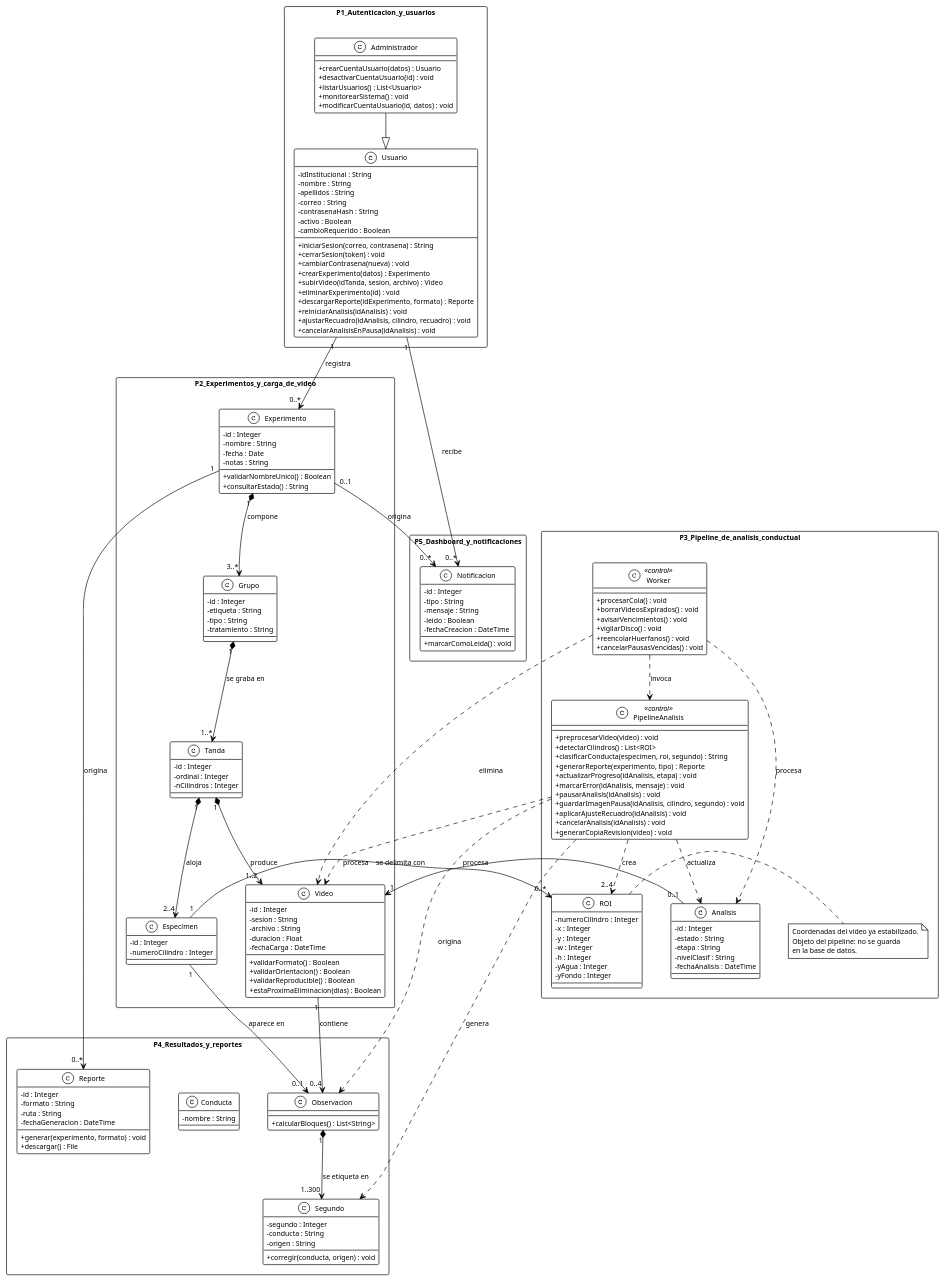
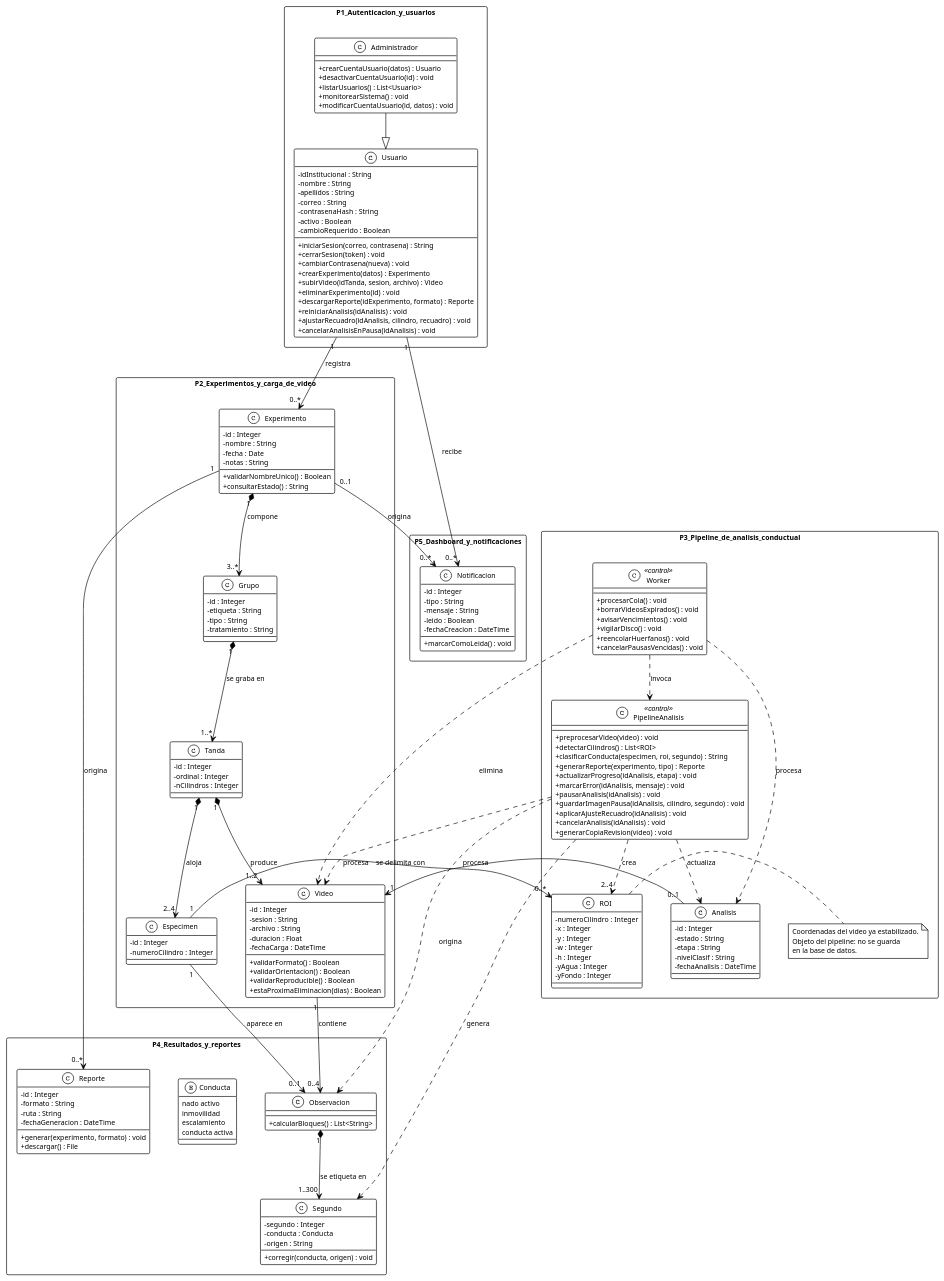
One commit to ErickJester/fst-ai-system-latex changed the diagram in diagramas/guia_web/clases.puml. Above: the diagram before and after it, drawn with PlantUML. The commit also changed 33 other files, not shown here.

```diff
--- a/diagramas/guia_web/clases.puml
+++ b/diagramas/guia_web/clases.puml
@@ -1,183 +1,186 @@
 @startuml clases
 !theme plain
 skinparam defaultFontName Arial
 skinparam defaultFontSize 11
 skinparam shadowing false
 skinparam classAttributeIconSize 0
 skinparam packageStyle rectangle
 skinparam nodesep 45
 skinparam ranksep 55
 
 package P1_Autenticacion_y_usuarios {
   class Usuario {
     -idInstitucional : String
     -nombre : String
     -apellidos : String
     -correo : String
     -contrasenaHash : String
     -activo : Boolean
     -cambioRequerido : Boolean
     +iniciarSesion(correo, contrasena) : String
     +cerrarSesion(token) : void
     +cambiarContrasena(nueva) : void
     +crearExperimento(datos) : Experimento
     +subirVideo(idTanda, sesion, archivo) : Video
     +eliminarExperimento(id) : void
     +descargarReporte(idExperimento, formato) : Reporte
     +reiniciarAnalisis(idAnalisis) : void
     +ajustarRecuadro(idAnalisis, cilindro, recuadro) : void
     +cancelarAnalisisEnPausa(idAnalisis) : void
   }
   class Administrador {
     +crearCuentaUsuario(datos) : Usuario
     +desactivarCuentaUsuario(id) : void
     +listarUsuarios() : List<Usuario>
     +monitorearSistema() : void
     +modificarCuentaUsuario(id, datos) : void
   }
 }
 
 package P2_Experimentos_y_carga_de_video {
   class Experimento {
     -id : Integer
     -nombre : String
     -fecha : Date
     -notas : String
     +validarNombreUnico() : Boolean
     +consultarEstado() : String
   }
   class Grupo {
     -id : Integer
     -etiqueta : String
     -tipo : String
     -tratamiento : String
   }
   class Tanda {
     -id : Integer
     -ordinal : Integer
     -nCilindros : Integer
   }
   class Especimen {
     -id : Integer
     -numeroCilindro : Integer
   }
   class Video {
     -id : Integer
     -sesion : String
     -archivo : String
     -duracion : Float
     -fechaCarga : DateTime
     +validarFormato() : Boolean
     +validarOrientacion() : Boolean
     +validarReproducible() : Boolean
     +estaProximaEliminacion(dias) : Boolean
   }
 }
 
 package P3_Pipeline_de_analisis_conductual {
   class Worker <<control>> {
     +procesarCola() : void
     +borrarVideosExpirados() : void
     +avisarVencimientos() : void
     +vigilarDisco() : void
     +reencolarHuerfanos() : void
     +cancelarPausasVencidas() : void
   }
   class PipelineAnalisis <<control>> {
     +preprocesarVideo(video) : void
     +detectarCilindros() : List<ROI>
     +clasificarConducta(especimen, roi, segundo) : String
     +generarReporte(experimento, tipo) : Reporte
     +actualizarProgreso(idAnalisis, etapa) : void
     +marcarError(idAnalisis, mensaje) : void
     +pausarAnalisis(idAnalisis) : void
     +guardarImagenPausa(idAnalisis, cilindro, segundo) : void
     +aplicarAjusteRecuadro(idAnalisis) : void
     +cancelarAnalisis(idAnalisis) : void
     +generarCopiaRevision(video) : void
   }
   class ROI {
     -numeroCilindro : Integer
     -x : Integer
     -y : Integer
     -w : Integer
     -h : Integer
     -yAgua : Integer
     -yFondo : Integer
   }
   note right of ROI
     Coordenadas del video ya estabilizado.
     Objeto del pipeline: no se guarda
     en la base de datos.
   end note
   class Analisis {
     -id : Integer
     -estado : String
     -etapa : String
     -nivelClasif : String
     -fechaAnalisis : DateTime
   }
 }
 
 package P4_Resultados_y_reportes {
   class Observacion {
     +calcularBloques() : List<String>
   }
-  class Conducta {
-    -nombre : String
+  enum Conducta {
+    nado activo
+    inmovilidad
+    escalamiento
+    conducta activa
   }
   class Segundo {
     -segundo : Integer
-    -conducta : String
+    -conducta : Conducta
     -origen : String
     +corregir(conducta, origen) : void
   }
   class Reporte {
     -id : Integer
     -formato : String
     -ruta : String
     -fechaGeneracion : DateTime
     +generar(experimento, formato) : void
     +descargar() : File
   }
 }
 
 package P5_Dashboard_y_notificaciones {
   class Notificacion {
     -id : Integer
     -tipo : String
     -mensaje : String
     -leido : Boolean
     -fechaCreacion : DateTime
     +marcarComoLeida() : void
   }
 }
 
 Administrador --|> Usuario
 Usuario "1" --> "0..*" Experimento  : registra
 Usuario "1" --> "0..*" Notificacion : recibe
 
 Experimento "1" *--> "3..*" Grupo     : compone
 Grupo       "1" *--> "1..*" Tanda     : "se graba en"
 Tanda       "1" *--> "2..4" Especimen : aloja
 Tanda       "1" *--> "1..2" Video     : produce
 
 Analisis "0..1" --> "1" Video            : procesa
 
 Worker ..> PipelineAnalisis : invoca
 Worker ..> Analisis         : procesa
 Worker ..> Video            : elimina
 PipelineAnalisis ..> "2..4" ROI  : crea
 Especimen "1" --> "0..*" ROI     : "se delimita con"
 PipelineAnalisis ..> Video       : procesa
 PipelineAnalisis ..> Analisis    : actualiza
 PipelineAnalisis ..> Observacion : origina
 PipelineAnalisis ..> Segundo      : genera
 
 Especimen   "1" --> "0..1" Observacion : "aparece en"
 Video       "1" --> "0..4" Observacion : contiene
 Observacion "1" *--> "1..300" Segundo  : "se etiqueta en"
 
 Experimento "1"    --> "0..*" Reporte      : origina
 Experimento "0..1" --> "0..*" Notificacion : origina
 @enduml
```
